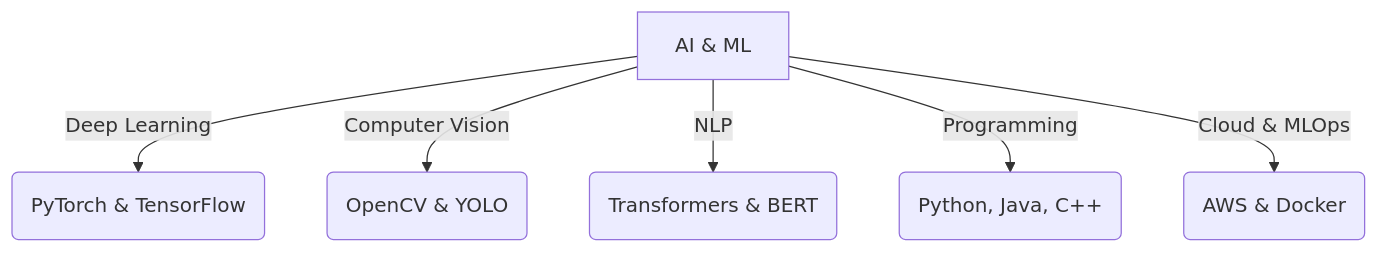
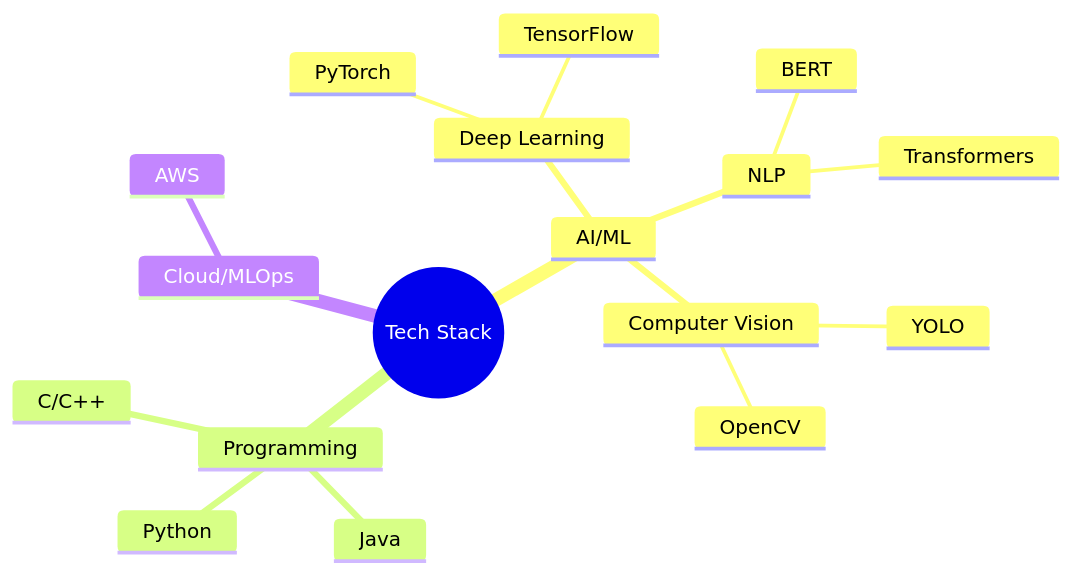
The first of 4 diagrams in README.md (ganesha360/ganesha360), drawn with Mermaid before and after one commit. The commit also changed other lines of this file, not shown here.

````diff
--- a/README.md
+++ b/README.md
@@ -27,8 +36,21 @@
 ```mermaid
-graph TD;
-    A[AI & ML] -->|Deep Learning| B(PyTorch & TensorFlow);
-    A -->|Computer Vision| C(OpenCV & YOLO);
-    A -->|NLP| D(Transformers & BERT);
-    A -->|Programming| E(Python, Java, C++);
-    A -->|Cloud & MLOps| F(AWS & Docker);
+mindmap
+  root((Tech Stack))
+    AI/ML
+      Deep Learning
+        PyTorch
+        TensorFlow
+      Computer Vision
+        OpenCV
+        YOLO
+      NLP
+        Transformers
+        BERT
+    Programming
+      Python
+      Java
+      C/C++
+    Cloud/MLOps
+      AWS
+      
 ```
````
